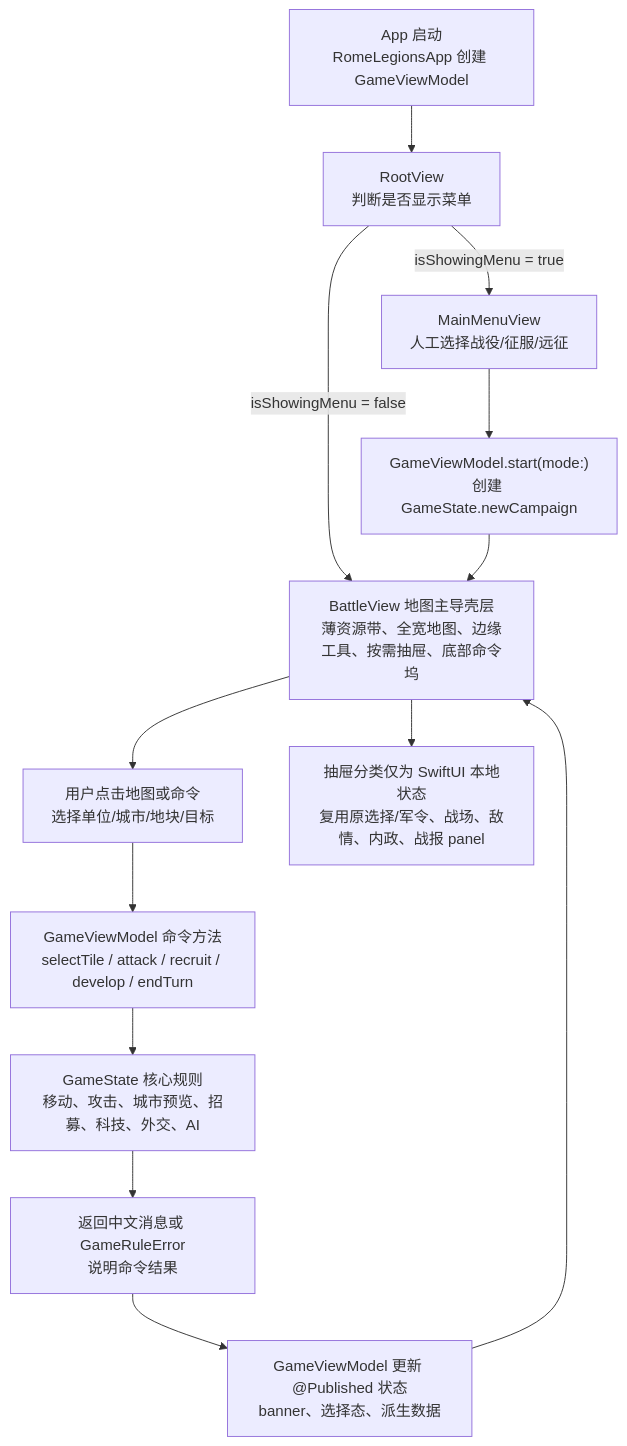
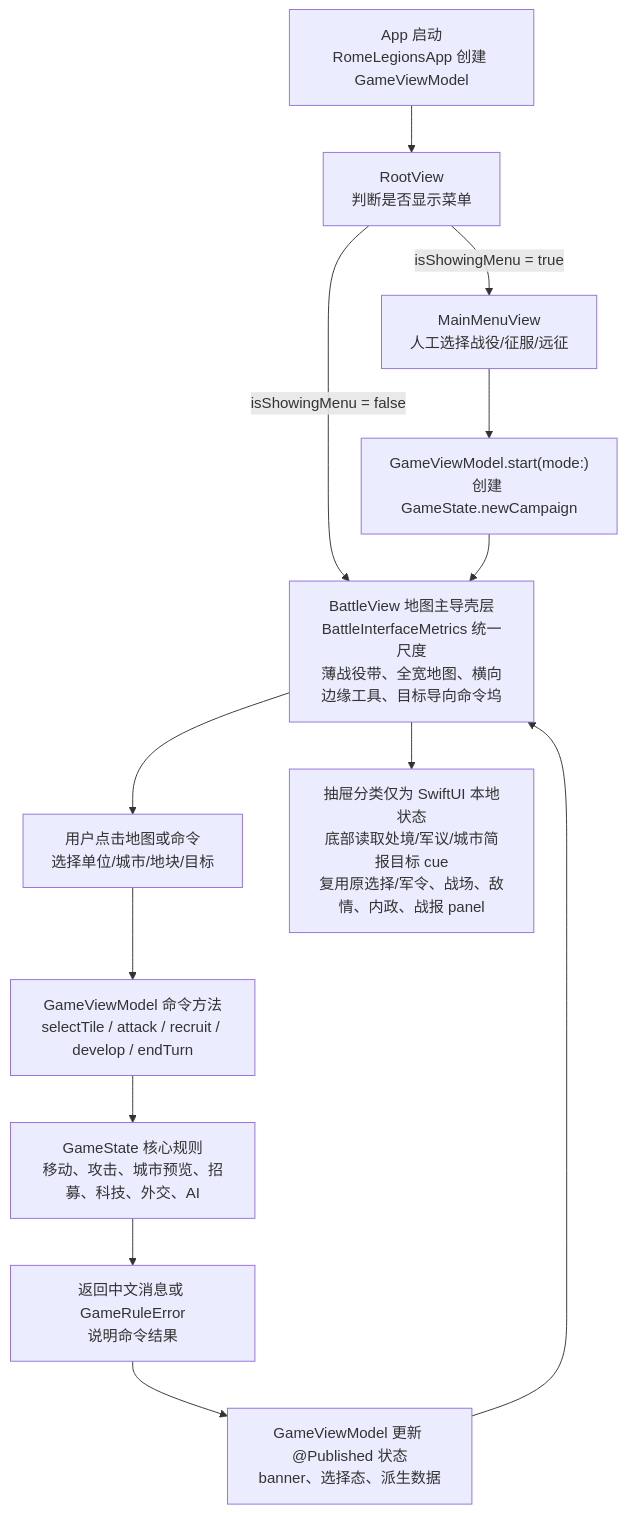
The first of 7 diagrams in md/flow/flowchart.md (Altman-sam114/119), drawn with Mermaid before and after one commit. The commit also changed 9 other files, not shown here.

````diff
--- a/md/flow/flowchart.md
+++ b/md/flow/flowchart.md
@@ -9,15 +9,15 @@
 ```mermaid
 flowchart TD
     A["App 启动<br/>RomeLegionsApp 创建 GameViewModel"] --> B["RootView<br/>判断是否显示菜单"]
     B -->|isShowingMenu = true| C["MainMenuView<br/>人工选择战役/征服/远征"]
     C --> D["GameViewModel.start(mode:)<br/>创建 GameState.newCampaign"]
-    B -->|isShowingMenu = false| E["BattleView 地图主导壳层<br/>薄资源带、全宽地图、边缘工具、按需抽屉、底部命令坞"]
+    B -->|isShowingMenu = false| E["BattleView 地图主导壳层<br/>BattleInterfaceMetrics 统一尺度<br/>薄战役带、全宽地图、横向边缘工具、目标导向命令坞"]
     D --> E
     E --> F["用户点击地图或命令<br/>选择单位/城市/地块/目标"]
     F --> G["GameViewModel 命令方法<br/>selectTile / attack / recruit / develop / endTurn"]
     G --> H["GameState 核心规则<br/>移动、攻击、城市预览、招募、科技、外交、AI"]
     H --> I["返回中文消息或 GameRuleError<br/>说明命令结果"]
     I --> J["GameViewModel 更新 @Published 状态<br/>banner、选择态、派生数据"]
     J --> E
-    E --> K["抽屉分类仅为 SwiftUI 本地状态<br/>复用原选择/军令、战场、敌情、内政、战报 panel"]
+    E --> K["抽屉分类仅为 SwiftUI 本地状态<br/>底部读取处境/军议/城市简报目标 cue<br/>复用原选择/军令、战场、敌情、内政、战报 panel"]
 ```
````
